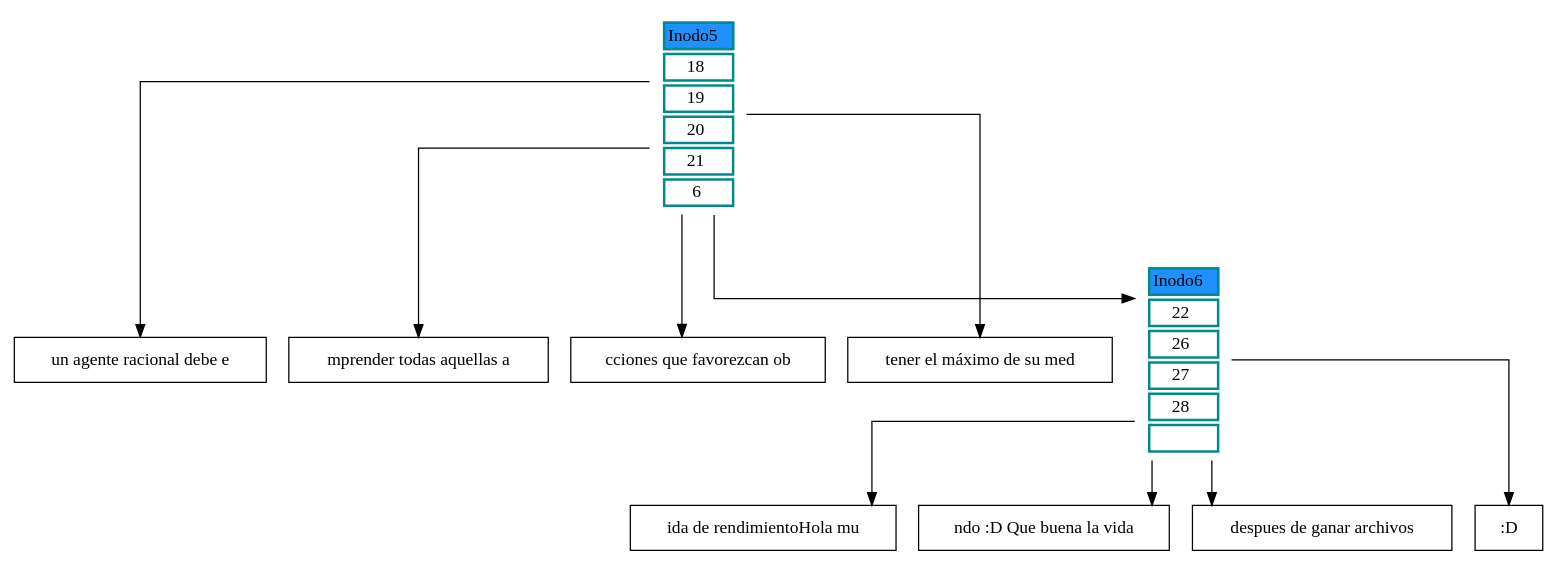
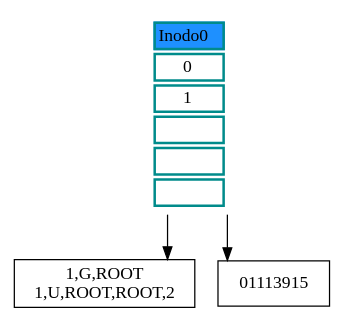
One commit to Cascarus/Proyecto1_MIA_USAC_Vac_Dic_2019 changed the diagram in build--MIA-PROYECTO1_201113915-Desktop_Qt_5_12_6_GCC_64bit-Debug/repTREE_FILE.dot. Above: the diagram before and after it, drawn with Graphviz. The commit also changed 9 other files, not shown here.

```diff
--- a/build--MIA-PROYECTO1_201113915-Desktop_Qt_5_12_6_GCC_64bit-Debug/repTREE_FILE.dot
+++ b/build--MIA-PROYECTO1_201113915-Desktop_Qt_5_12_6_GCC_64bit-Debug/repTREE_FILE.dot
@@ -1,50 +1,24 @@
 digraph structs {
 splines = ortho
 
-    INODO5 [
+    INODO0 [
         shape = none;
         label = <
             <table border="0" cellborder="2" cellspacing="2" color="cyan4">
-                <tr><td bgcolor="dodgerblue" >Inodo5</td></tr>
-<tr><td>18</td></tr>
-<tr><td>19</td></tr>
-<tr><td>20</td></tr>
-<tr><td>21</td></tr>
-<tr><td>6</td></tr>
-            </table>
-        >
-    ];
-
-    INODO5->BLOCK18;
-BLOCK18[shape="box" label="un agente racional debe e"]
-    INODO5->BLOCK19;
-BLOCK19[shape="box" label="mprender todas aquellas a"]
-    INODO5->BLOCK20;
-BLOCK20[shape="box" label="cciones que favorezcan ob"]
-    INODO5->BLOCK21;
-BLOCK21[shape="box" label="tener el máximo de su med"]
-INODO5->INODO6;
-
-    INODO6 [
-        shape = none;
-        label = <
-            <table border="0" cellborder="2" cellspacing="2" color="cyan4">
-                <tr><td bgcolor="dodgerblue" >Inodo6</td></tr>
-<tr><td>22</td></tr>
-<tr><td>26</td></tr>
-<tr><td>27</td></tr>
-<tr><td>28</td></tr>
+                <tr><td bgcolor="dodgerblue" >Inodo0</td></tr>
+<tr><td>0</td></tr>
+<tr><td>1</td></tr>
+<tr><td> </td></tr>
+<tr><td> </td></tr>
 <tr><td> </td></tr>
             </table>
         >
     ];
 
-    INODO6->BLOCK22;
-BLOCK22[shape="box" label="ida de rendimientoHola mu"]
-    INODO6->BLOCK26;
-BLOCK26[shape="box" label="ndo :D Que buena la vida "]
-    INODO6->BLOCK27;
-BLOCK27[shape="box" label="despues de ganar archivos"]
-    INODO6->BLOCK28;
-BLOCK28[shape="box" label=" :D"]
+    INODO0->BLOCK0;
+BLOCK0[shape="box" label="1,G,ROOT
+1,U,ROOT,ROOT,2"]
+    INODO0->BLOCK1;
+BLOCK1[shape="box" label="01113915
+"]
 }
```
